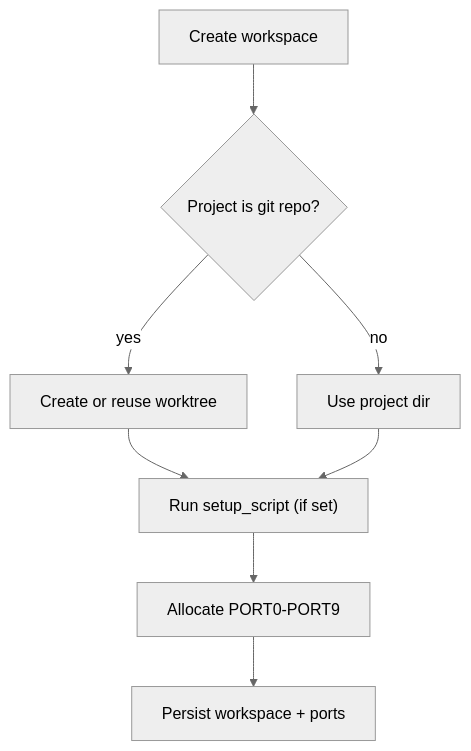
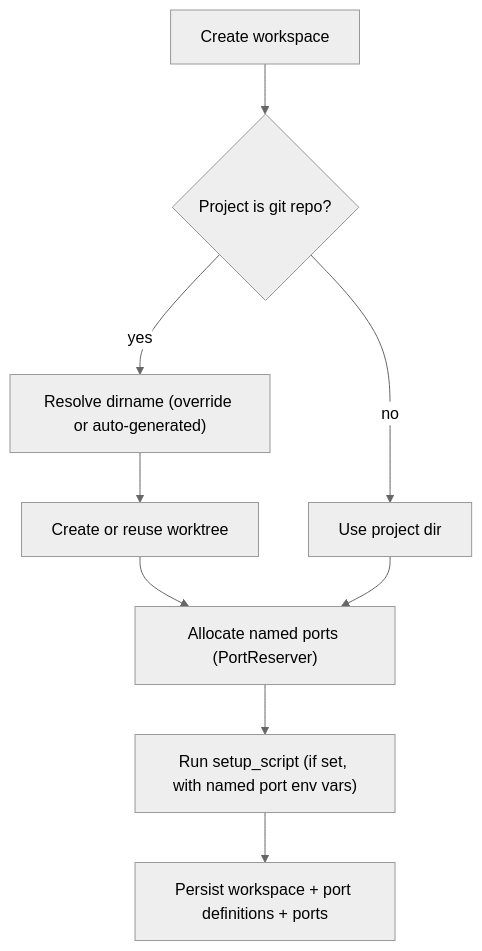
Before and after one commit to yogesh-dhande/spaces: the third of 5 diagrams in apps/macos/docs/architecture.md, drawn with Mermaid (neutral theme). The commit also changed other lines of this file and 69 other files, not shown here.

````diff
--- a/apps/macos/docs/architecture.md
+++ b/apps/macos/docs/architecture.md
@@ -199,10 +218,11 @@
 ```mermaid
 flowchart TD
   start["Create workspace"] --> git{"Project is git repo?"}
-  git -->|"yes"| worktree["Create or reuse worktree"]
+  git -->|"yes"| dirname["Resolve dirname (override or auto-generated)"]
+  dirname --> worktree["Create or reuse worktree"]
   git -->|"no"| dir["Use project dir"]
-  worktree --> setup["Run setup_script (if set)"]
-  dir --> setup
-  setup --> ports["Allocate PORT0-PORT9"]
-  ports --> persist["Persist workspace + ports"]
+  worktree --> ports["Allocate named ports (PortReserver)"]
+  dir --> ports
+  ports --> setup["Run setup_script (if set, with named port env vars)"]
+  setup --> persist["Persist workspace + port definitions + ports"]
 ```
````
